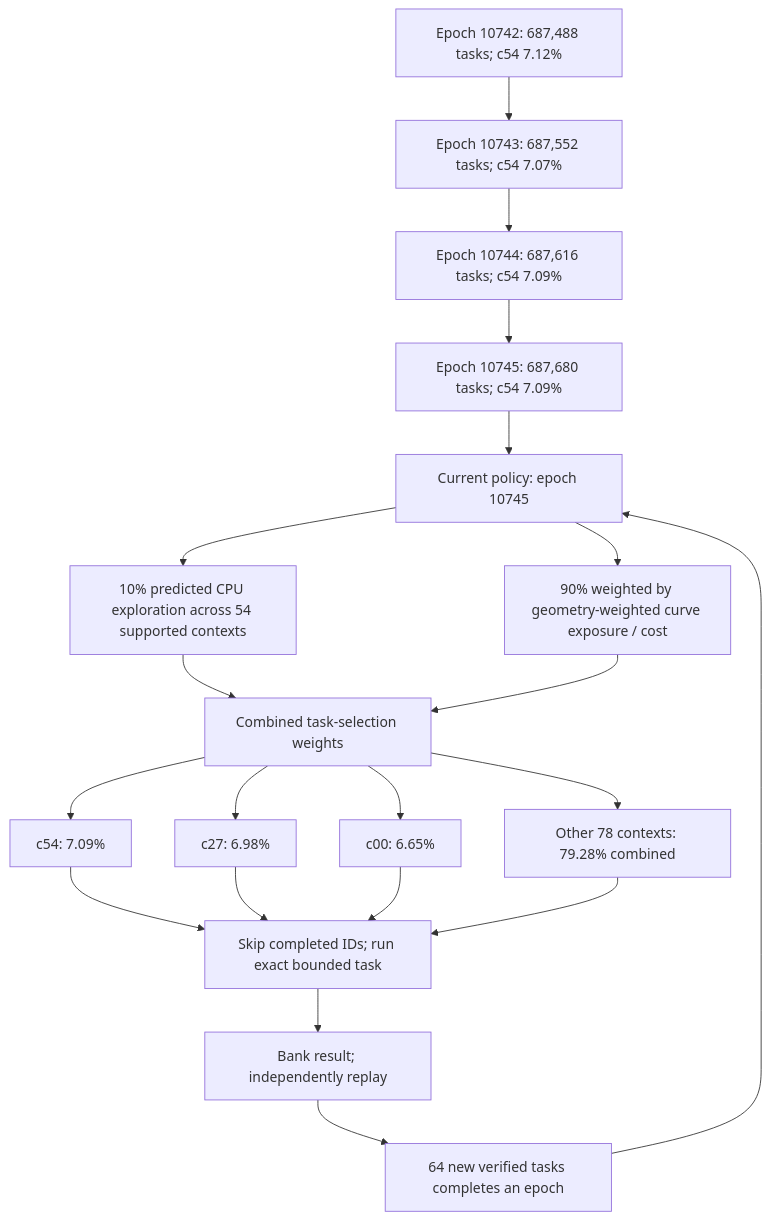
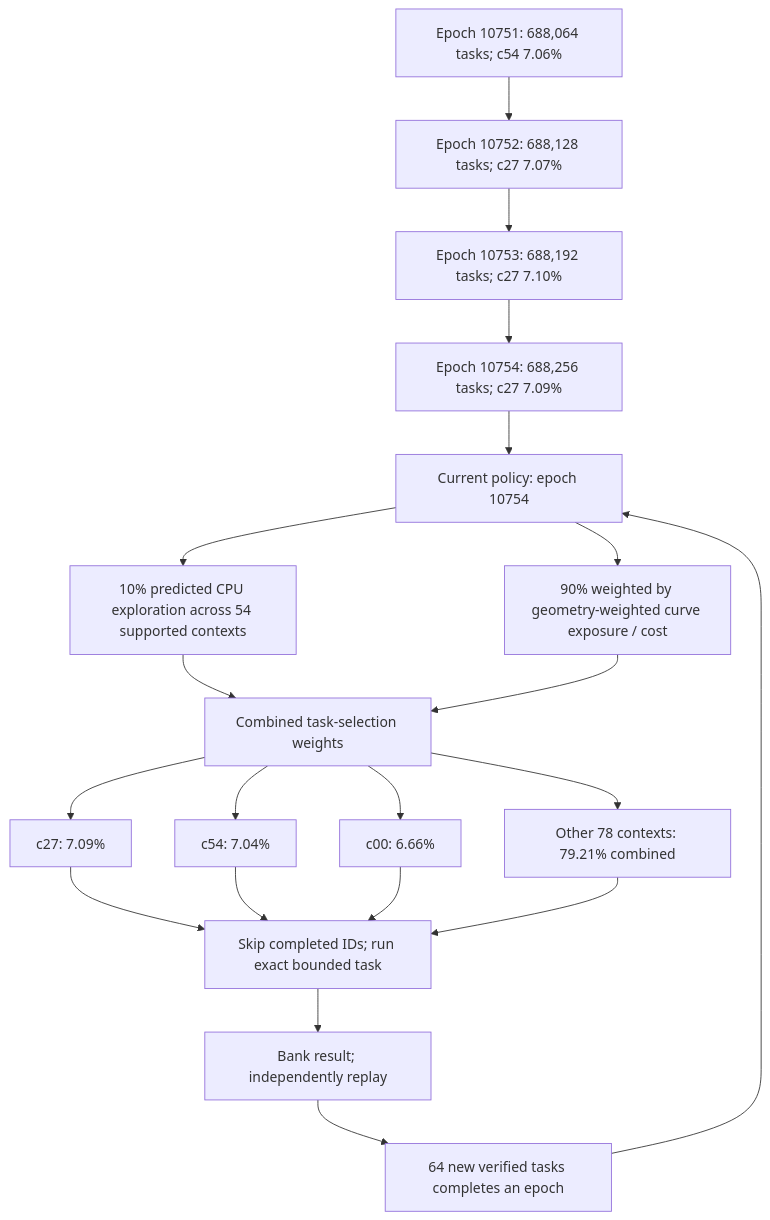
The first of 4 diagrams in README.md (Kuberwastaken/math-gambling), drawn with Mermaid before and after one commit. The commit also changed other lines of this file and 1983 other files, not shown here.

````diff
--- a/README.md
+++ b/README.md
@@ -60,27 +60,27 @@
 ```mermaid
 flowchart TD
-    H0["Epoch 10742: 687,488 tasks; c54 7.12%"]
-    H1["Epoch 10743: 687,552 tasks; c54 7.07%"]
+    H0["Epoch 10751: 688,064 tasks; c54 7.06%"]
+    H1["Epoch 10752: 688,128 tasks; c27 7.07%"]
     H0 --> H1
-    H2["Epoch 10744: 687,616 tasks; c54 7.09%"]
+    H2["Epoch 10753: 688,192 tasks; c27 7.10%"]
     H1 --> H2
-    H3["Epoch 10745: 687,680 tasks; c54 7.09%"]
+    H3["Epoch 10754: 688,256 tasks; c27 7.09%"]
     H2 --> H3
-    Policy["Current policy: epoch 10745"]
+    Policy["Current policy: epoch 10754"]
     H3 --> Policy
     Policy --> Explore["10% predicted CPU exploration across 54 supported contexts"]
     Policy --> Cost["90% weighted by geometry-weighted curve exposure / cost"]
     Explore --> Mix["Combined task-selection weights"]
     Cost --> Mix
-    Mix --> C0["c54: 7.09%"]
-    Mix --> C1["c27: 6.98%"]
-    Mix --> C2["c00: 6.65%"]
-    Mix --> Rest["Other 78 contexts: 79.28% combined"]
+    Mix --> C0["c27: 7.09%"]
+    Mix --> C1["c54: 7.04%"]
+    Mix --> C2["c00: 6.66%"]
+    Mix --> Rest["Other 78 contexts: 79.21% combined"]
     C0 --> Check["Skip completed IDs; run exact bounded task"]
     C1 --> Check
     C2 --> Check
     Rest --> Check
     Check --> Replay["Bank result; independently replay"]
     Replay --> Gate["64 new verified tasks completes an epoch"]
     Gate --> Policy
 ```
````
